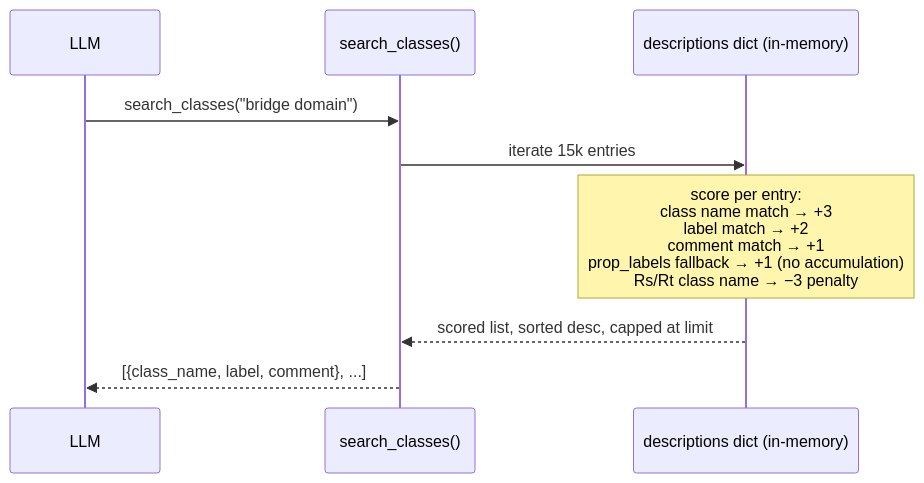
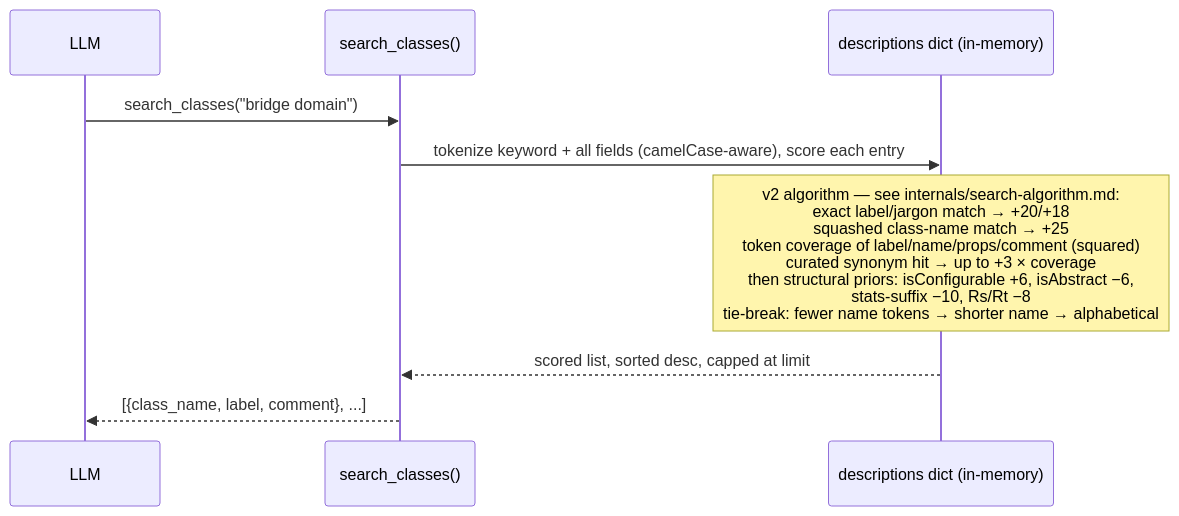
The second of 5 diagrams in docs/architecture/data-flow.md (k3l0-dev/aci-mcp), drawn with Mermaid before and after one commit. The commit also changed other lines of this file and 19 other files, not shown here.

````diff
--- a/docs/architecture/data-flow.md
+++ b/docs/architecture/data-flow.md
@@ -36,12 +36,12 @@
 ```mermaid
 sequenceDiagram
     participant LLM
     participant tool as search_classes()
     participant desc as descriptions dict (in-memory)
 
     LLM->>tool: search_classes("bridge domain")
-    tool->>desc: iterate 15k entries
-    Note over desc: score per entry:<br/>class name match → +3<br/>label match → +2<br/>comment match → +1<br/>prop_labels fallback → +1 (no accumulation)<br/>Rs/Rt class name → −3 penalty
+    tool->>desc: tokenize keyword + all fields (camelCase-aware), score each entry
+    Note over desc: v2 algorithm — see internals/search-algorithm.md:<br/>exact label/jargon match → +20/+18<br/>squashed class-name match → +25<br/>token coverage of label/name/props/comment (squared)<br/>curated synonym hit → up to +3 × coverage<br/>then structural priors: isConfigurable +6, isAbstract −6,<br/>stats-suffix −10, Rs/Rt −8<br/>tie-break: fewer name tokens → shorter name → alphabetical
     desc-->>tool: scored list, sorted desc, capped at limit
     tool-->>LLM: [{class_name, label, comment}, ...]
 ```
````
